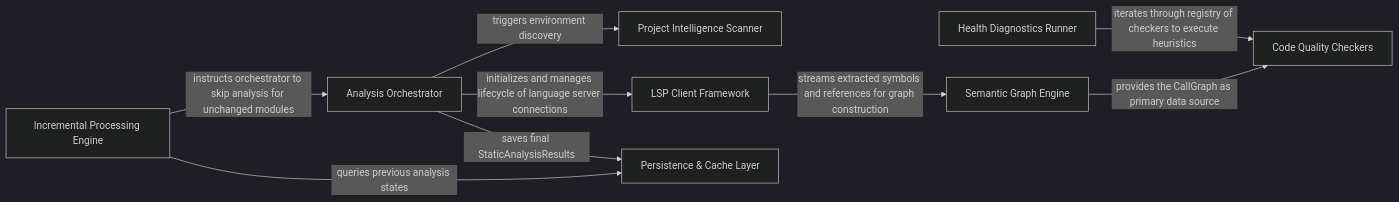
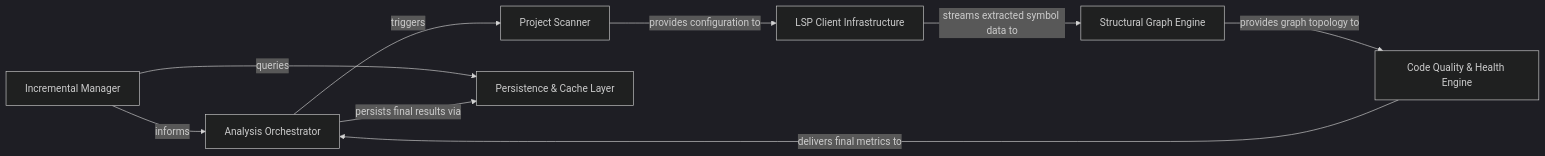
The diagram in .codeboarding/Static_Code_Analyzer.md (CodeBoarding/CodeBoarding), drawn with Mermaid (dark theme) before and after one commit. The commit also changed other lines of this file and 5 other files, not shown here.

````diff
--- a/.codeboarding/Static_Code_Analyzer.md
+++ b/.codeboarding/Static_Code_Analyzer.md
@@ -1,19 +1,18 @@
 ```mermaid
 graph LR
     Analysis_Orchestrator["Analysis Orchestrator"]
-    Project_Intelligence_Scanner["Project Intelligence Scanner"]
-    LSP_Client_Framework["LSP Client Framework"]
-    Semantic_Graph_Engine["Semantic Graph Engine"]
-    Incremental_Processing_Engine["Incremental Processing Engine"]
-    Health_Diagnostics_Runner["Health Diagnostics Runner"]
-    Code_Quality_Checkers["Code Quality Checkers"]
+    Project_Scanner["Project Scanner"]
+    LSP_Client_Infrastructure["LSP Client Infrastructure"]
+    Structural_Graph_Engine["Structural Graph Engine"]
+    Incremental_Manager["Incremental Manager"]
+    Code_Quality_Health_Engine["Code Quality & Health Engine"]
     Persistence_Cache_Layer["Persistence & Cache Layer"]
-    Analysis_Orchestrator -- "triggers environment discovery" --> Project_Intelligence_Scanner
-    Analysis_Orchestrator -- "initializes and manages lifecycle of language server connections" --> LSP_Client_Framework
-    LSP_Client_Framework -- "streams extracted symbols and references for graph construction" --> Semantic_Graph_Engine
-    Semantic_Graph_Engine -- "provides the CallGraph as primary data source" --> Code_Quality_Checkers
-    Health_Diagnostics_Runner -- "iterates through registry of checkers to execute heuristics" --> Code_Quality_Checkers
-    Incremental_Processing_Engine -- "queries previous analysis states" --> Persistence_Cache_Layer
-    Incremental_Processing_Engine -- "instructs orchestrator to skip analysis for unchanged modules" --> Analysis_Orchestrator
-    Analysis_Orchestrator -- "saves final StaticAnalysisResults" --> Persistence_Cache_Layer
+    Analysis_Orchestrator -- "triggers" --> Project_Scanner
+    Project_Scanner -- "provides configuration to" --> LSP_Client_Infrastructure
+    LSP_Client_Infrastructure -- "streams extracted symbol data to" --> Structural_Graph_Engine
+    Structural_Graph_Engine -- "provides graph topology to" --> Code_Quality_Health_Engine
+    Incremental_Manager -- "queries" --> Persistence_Cache_Layer
+    Incremental_Manager -- "informs" --> Analysis_Orchestrator
+    Code_Quality_Health_Engine -- "delivers final metrics to" --> Analysis_Orchestrator
+    Analysis_Orchestrator -- "persists final results via" --> Persistence_Cache_Layer
 ```
````
